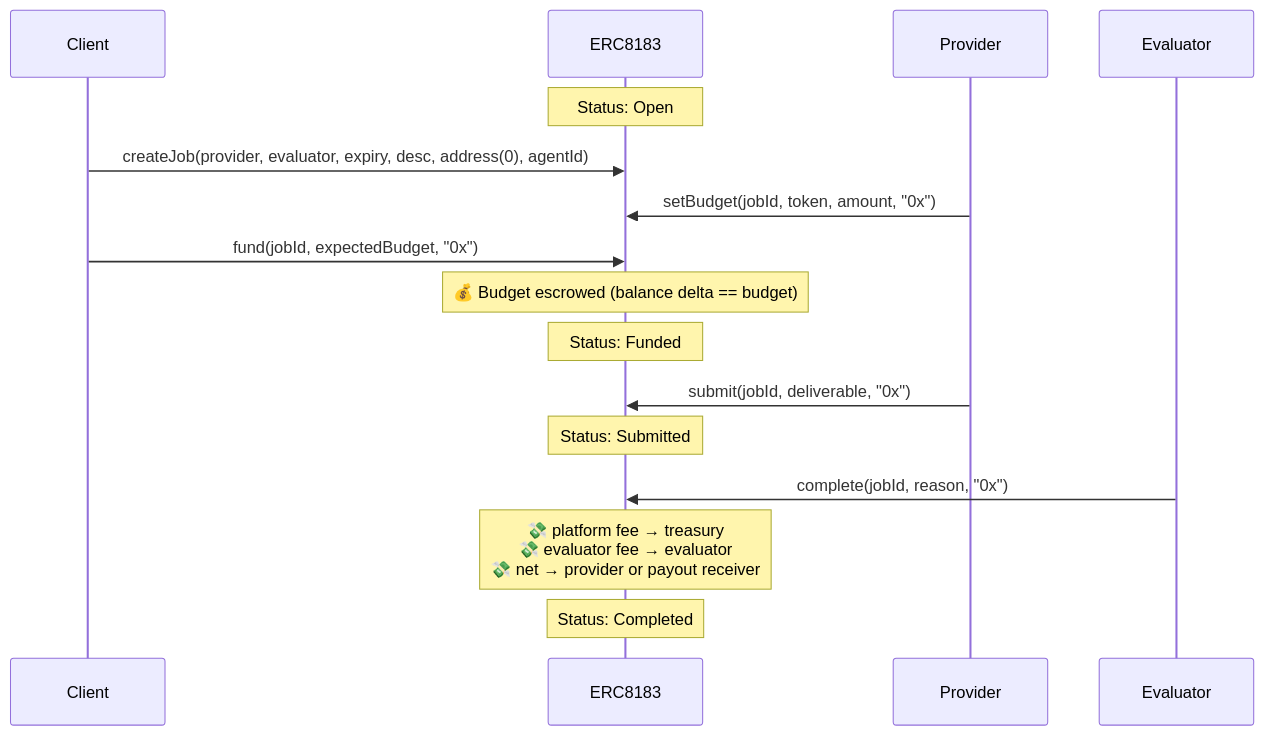
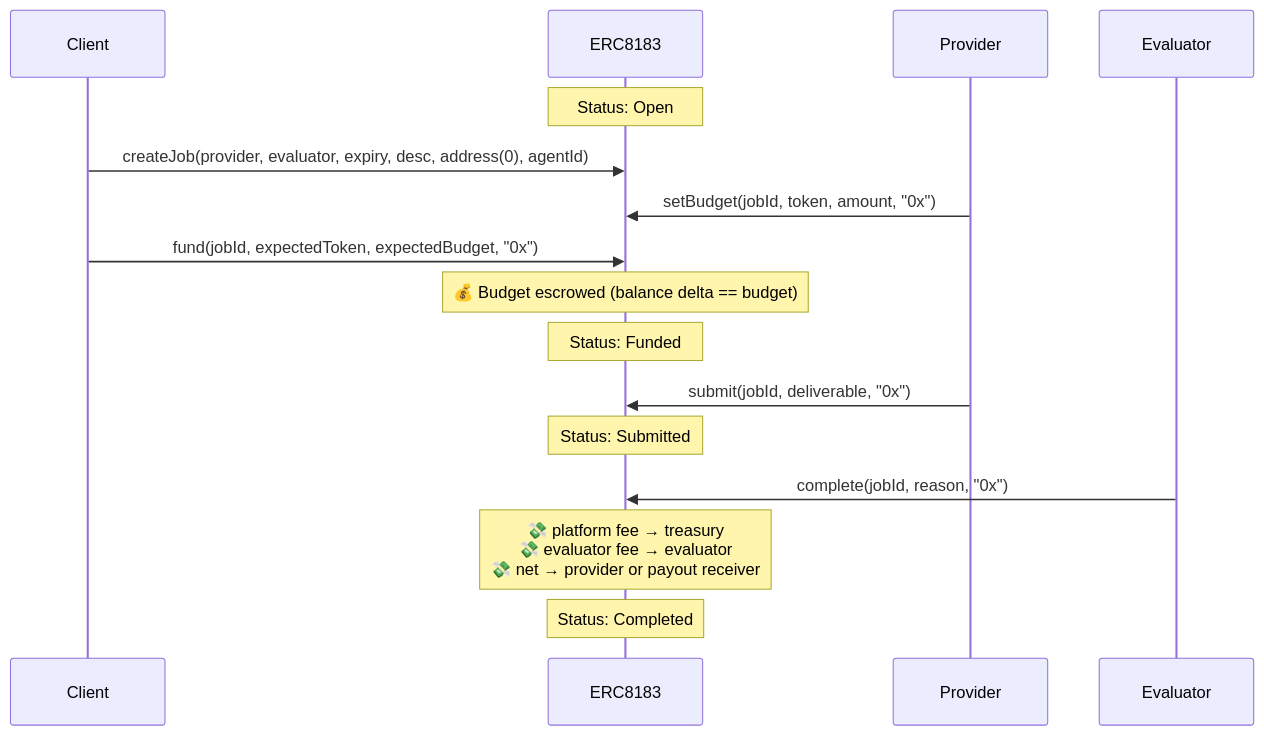
The second of 5 diagrams in docs/01-architecture.md (erc-8183/base-contracts), drawn with Mermaid before and after one commit. The commit also changed other lines of this file and 9 other files, not shown here.

````diff
--- a/docs/01-architecture.md
+++ b/docs/01-architecture.md
@@ -42,21 +42,21 @@
 ```mermaid
 sequenceDiagram
     participant C as Client
     participant AC as ERC8183
     participant P as Provider
     participant E as Evaluator
 
     Note over AC: Status: Open
     C->>AC: createJob(provider, evaluator, expiry, desc, address(0), agentId)
     P->>AC: setBudget(jobId, token, amount, "0x")
-    C->>AC: fund(jobId, expectedBudget, "0x")
+    C->>AC: fund(jobId, expectedToken, expectedBudget, "0x")
     Note over AC: 💰 Budget escrowed (balance delta == budget)
     Note over AC: Status: Funded
 
     P->>AC: submit(jobId, deliverable, "0x")
     Note over AC: Status: Submitted
 
     E->>AC: complete(jobId, reason, "0x")
     Note over AC: 💸 platform fee → treasury<br/>💸 evaluator fee → evaluator<br/>💸 net → provider or payout receiver
     Note over AC: Status: Completed
 ```
````
